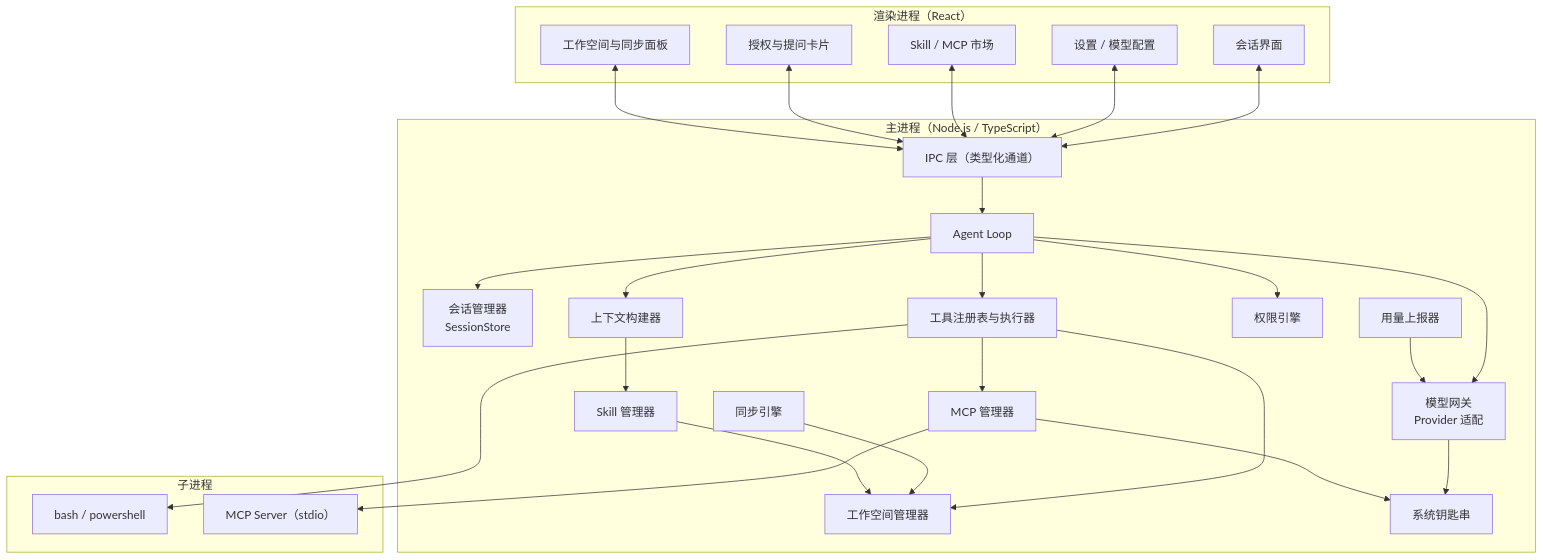
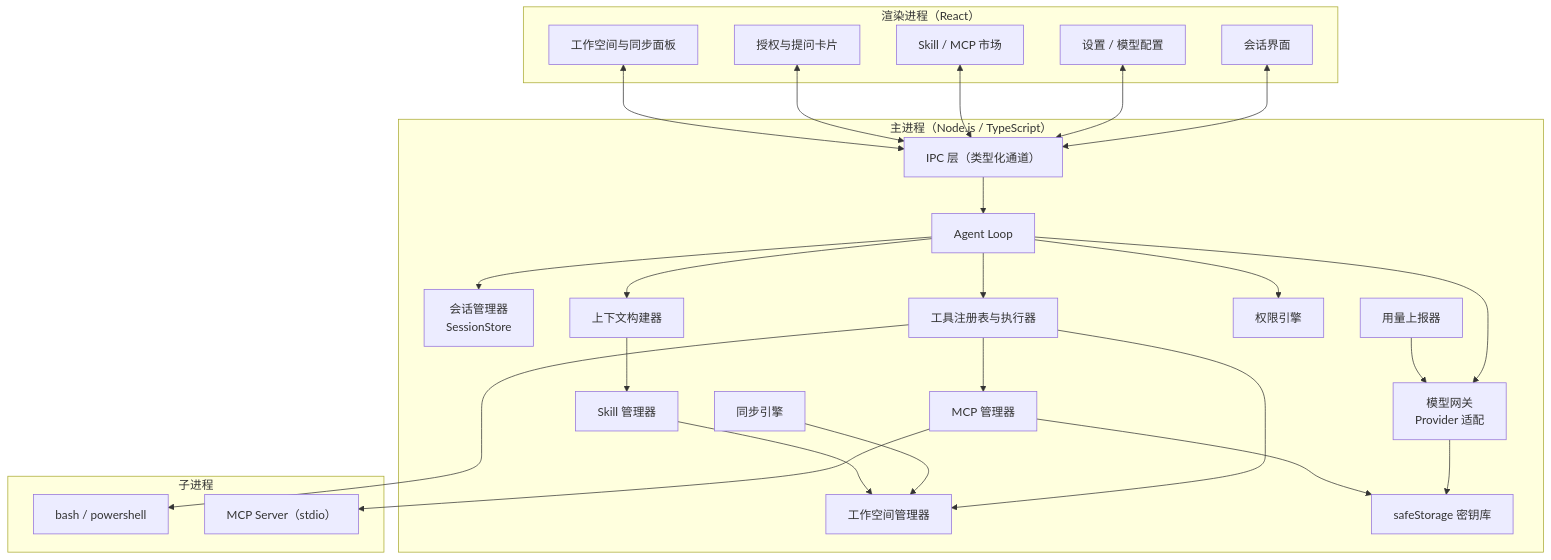
One commit to CQ-Developer/hu-agent changed the fourth of 13 diagrams in docs/design.md. Above: the diagram before and after it, drawn with Mermaid. The commit also changed other lines of this file and 52 other files, not shown here.

````diff
--- a/docs/design.md
+++ b/docs/design.md
@@ -261,53 +261,53 @@
 ```mermaid
 flowchart TB
   subgraph Renderer["渲染进程（React）"]
     ChatUI["会话界面"]
     SettingsUI["设置 / 模型配置"]
     MarketUI["Skill / MCP 市场"]
     ApproveUI["授权与提问卡片"]
     FsUI["工作空间与同步面板"]
   end
 
   subgraph Main["主进程（Node.js / TypeScript）"]
     IPC["IPC 层（类型化通道）"]
     Session["会话管理器<br/>SessionStore"]
     Loop["Agent Loop"]
     Ctx["上下文构建器"]
     Gateway["模型网关<br/>Provider 适配"]
     Tools["工具注册表与执行器"]
     Perm["权限引擎"]
     WS["工作空间管理器"]
     SkillMgr["Skill 管理器"]
     McpMgr["MCP 管理器"]
     SyncEng["同步引擎"]
     Reporter["用量上报器"]
-    KV["系统钥匙串" ]
+    KV["safeStorage 密钥库"]
   end
 
   subgraph Child["子进程"]
     Shell["bash / powershell"]
     MCPSrv["MCP Server（stdio）"]
   end
 
   ChatUI <--> IPC
   SettingsUI <--> IPC
   MarketUI <--> IPC
   ApproveUI <--> IPC
   FsUI <--> IPC
   IPC --> Loop
   Loop --> Session
   Loop --> Ctx
   Loop --> Gateway
   Loop --> Tools
   Loop --> Perm
   Ctx --> SkillMgr
   Tools --> WS
   Tools --> Shell
   McpMgr --> MCPSrv
   Tools --> McpMgr
   SyncEng --> WS
   Reporter --> Gateway
   SkillMgr --> WS
   Gateway --> KV
   McpMgr --> KV
 ```
````
